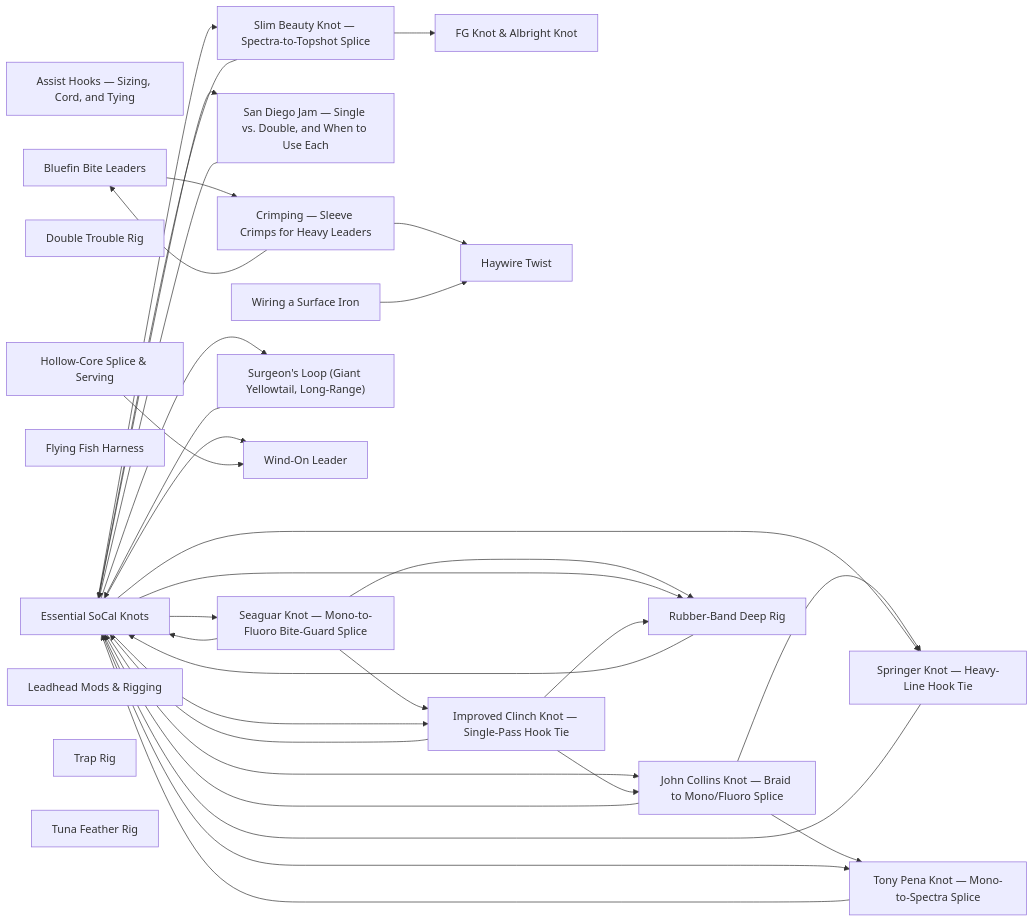
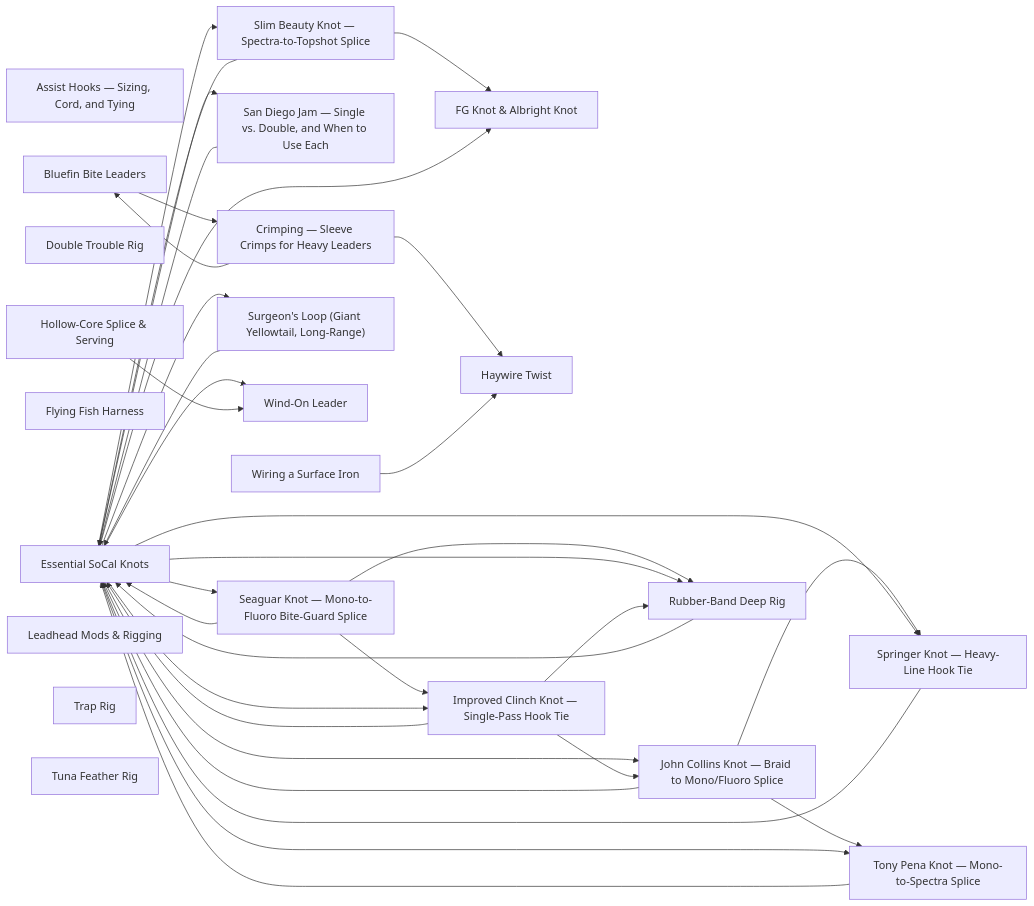
The diagram in rigging/README.md (camchuckpete-max/Socal-Fishing-Knowledge), drawn with Mermaid before and after one commit. The commit also changed 3 other files, not shown here.

````diff
--- a/rigging/README.md
+++ b/rigging/README.md
@@ -36,57 +36,58 @@
 ```mermaid
 graph LR
   n0["Assist Hooks — Sizing, Cord, and Tying"]
   n1["Bluefin Bite Leaders"]
   n2["Crimping — Sleeve Crimps for Heavy Leaders"]
   n3["Double Trouble Rig"]
   n4["Essential SoCal Knots"]
   n5["FG Knot & Albright Knot"]
   n6["Flying Fish Harness"]
   n7["Haywire Twist"]
   n8["Hollow-Core Splice & Serving"]
   n9["Improved Clinch Knot — Single-Pass Hook Tie"]
   n10["John Collins Knot — Braid to Mono/Fluoro Splice"]
   n11["Leadhead Mods & Rigging"]
   n12["Rubber-Band Deep Rig"]
   n13["San Diego Jam — Single vs. Double, and When to Use Each"]
   n14["Seaguar Knot — Mono-to-Fluoro Bite-Guard Splice"]
   n15["Slim Beauty Knot — Spectra-to-Topshot Splice"]
   n16["Springer Knot — Heavy-Line Hook Tie"]
   n17["Surgeon's Loop (Giant Yellowtail, Long-Range)"]
   n18["Tony Pena Knot — Mono-to-Spectra Splice"]
   n19["Trap Rig"]
   n20["Tuna Feather Rig"]
   n21["Wind-On Leader"]
   n22["Wiring a Surface Iron"]
   n1 --> n2
   n10 --> n16
   n10 --> n18
   n10 --> n4
   n12 --> n4
   n13 --> n4
   n14 --> n12
   n14 --> n4
   n14 --> n9
   n15 --> n4
   n15 --> n5
   n16 --> n4
   n17 --> n4
   n18 --> n4
   n2 --> n1
   n2 --> n7
   n22 --> n7
   n4 --> n10
   n4 --> n12
   n4 --> n13
   n4 --> n14
   n4 --> n15
   n4 --> n16
   n4 --> n17
   n4 --> n18
   n4 --> n21
+  n4 --> n5
   n4 --> n9
   n8 --> n21
   n9 --> n10
   n9 --> n12
   n9 --> n4
 ```
````
